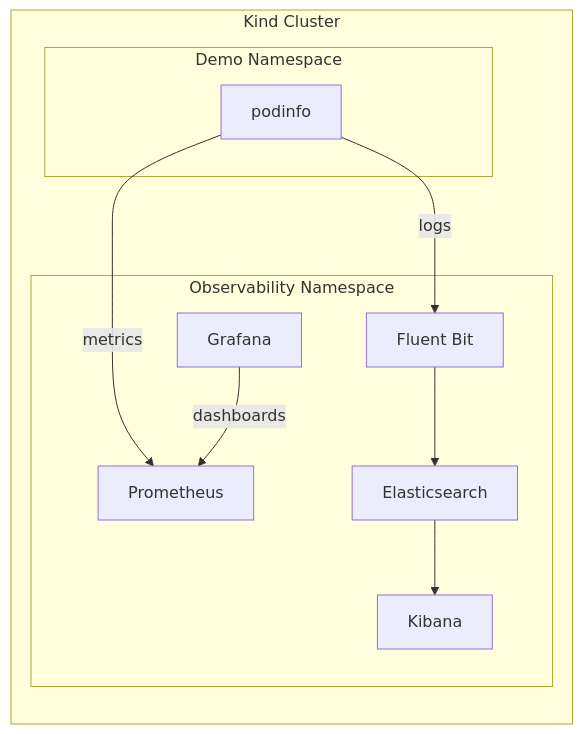
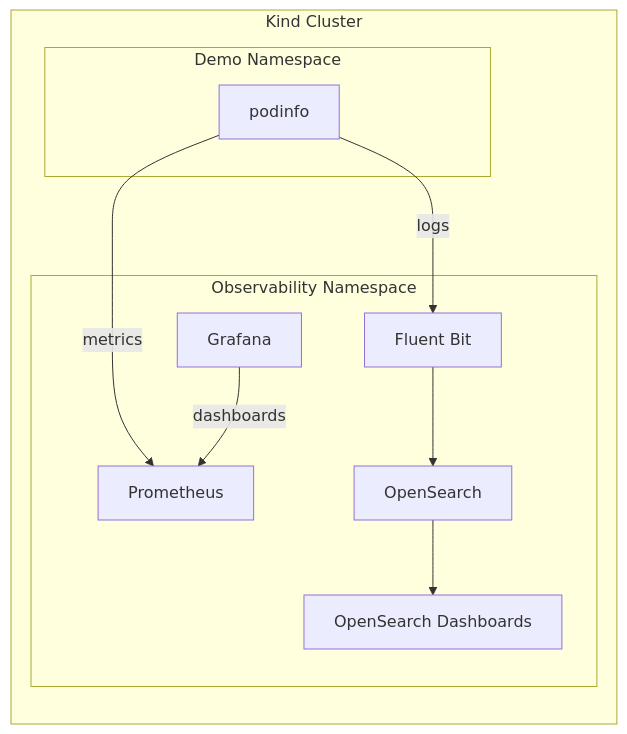
One commit to lukecassidy/kind-stack-observability changed the diagram in README.md. Above: the diagram before and after it, drawn with Mermaid. The commit also changed other lines of this file and 11 other files, not shown here.

````diff
--- a/README.md
+++ b/README.md
@@ -47,20 +48,20 @@
 ```mermaid
 flowchart LR
     subgraph Kind Cluster
         subgraph Observability Namespace
             P[Prometheus]
             G[Grafana]
-            ES[Elasticsearch]
+            OS[OpenSearch]
             FB[Fluent Bit]
-            K[Kibana]
+            OSD[OpenSearch Dashboards]
         end
 
         subgraph Demo Namespace
             PI[podinfo]
         end
 
         PI -->|metrics| P
-        PI -->|logs| FB --> ES --> K
+        PI -->|logs| FB --> OS --> OSD
         G -->|dashboards| P
     end
 ```
````
